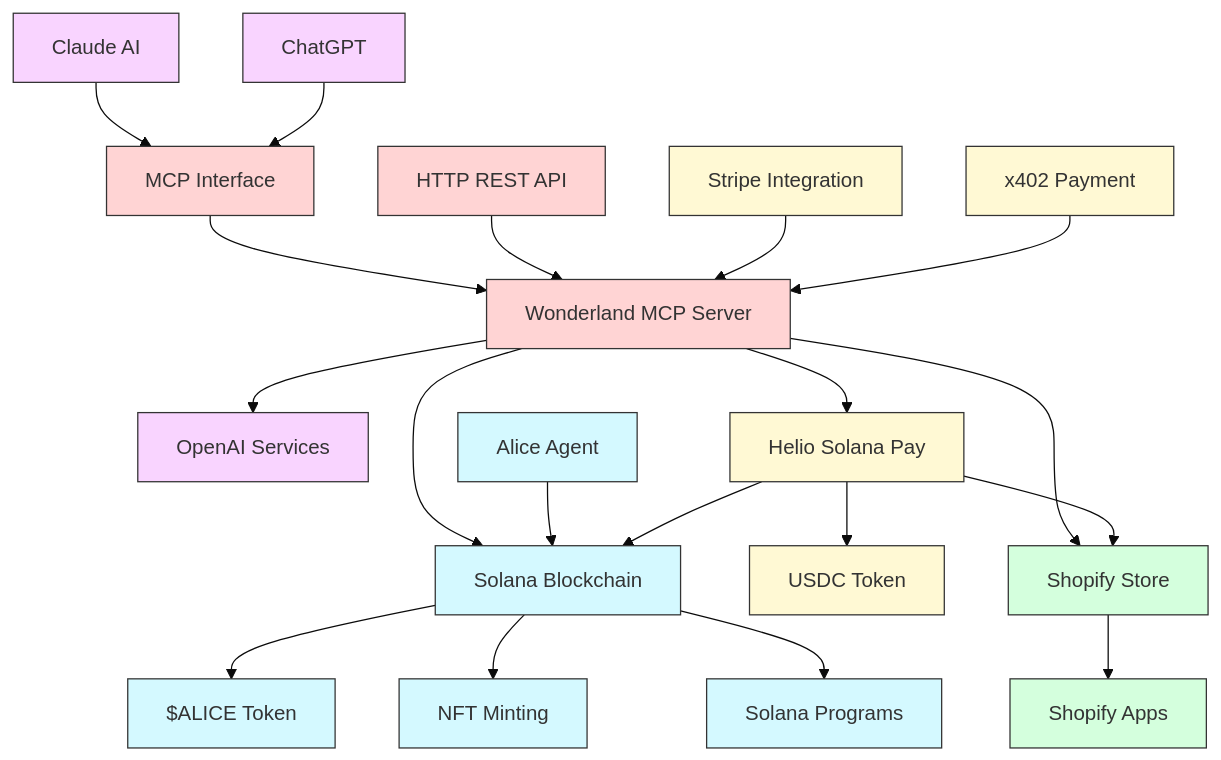
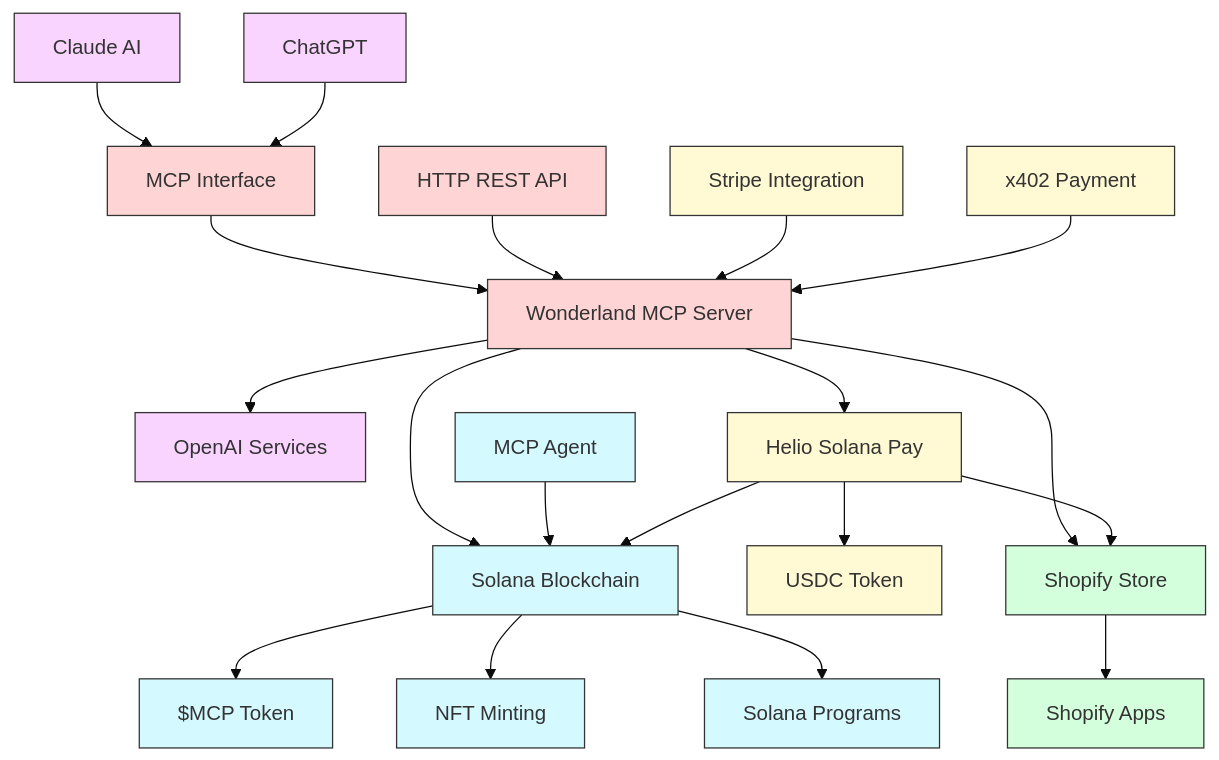
Before and after one commit to 8bitsats/Wonderland_MCP: the diagram in README.md, drawn with Mermaid (base theme). The commit also changed other lines of this file, not shown here.

````diff
--- a/README.md
+++ b/README.md
@@ -21,65 +21,65 @@
 ```mermaid
 graph TD
     classDef aiNode fill:#f9d4ff,stroke:#333,stroke-width:1px;
     classDef blockchainNode fill:#d4f9ff,stroke:#333,stroke-width:1px;
     classDef paymentNode fill:#fff9d4,stroke:#333,stroke-width:1px;
     classDef ecommerceNode fill:#d4ffdd,stroke:#333,stroke-width:1px;
     classDef coreNode fill:#ffd4d4,stroke:#333,stroke-width:1px;
 
     %% AI Layer
     Claude[Claude AI]:::aiNode
     ChatGPT[ChatGPT]:::aiNode
     OpenAI[OpenAI Services]:::aiNode
 
     %% MCP Core
     WonderlandMCP[Wonderland MCP Server]:::coreNode
     MCPInterface[MCP Interface]:::coreNode
     HTTPInterface[HTTP REST API]:::coreNode
     
     %% Solana Blockchain
     Solana[Solana Blockchain]:::blockchainNode
-    AliceToken["$ALICE Token"]:::blockchainNode
-    AliceAgent[Alice Agent]:::blockchainNode
+    MCPToken["$MCP Token"]:::blockchainNode
+    MCPAgent[MCP Agent]:::blockchainNode
     NFTs[NFT Minting]:::blockchainNode
     SolanaPrograms[Solana Programs]:::blockchainNode
     
     %% Payment Services
     HelioSolanaPay[Helio Solana Pay]:::paymentNode
     USDC[USDC Token]:::paymentNode
     x402[x402 Payment]:::paymentNode
     Stripe[Stripe Integration]:::paymentNode
     
     %% E-commerce
     Shopify[Shopify Store]:::ecommerceNode
     EcommerceApps[Shopify Apps]:::ecommerceNode
     
     %% Connection Lines - AI to MCP
     Claude --> MCPInterface
     ChatGPT --> MCPInterface
     
     %% MCP Internal
     MCPInterface --> WonderlandMCP
     HTTPInterface --> WonderlandMCP
     
     %% MCP to Services
     WonderlandMCP --> OpenAI
     WonderlandMCP --> Solana
     WonderlandMCP --> HelioSolanaPay
     WonderlandMCP --> Shopify
     
     %% Blockchain Relationships
-    Solana --> AliceToken
+    Solana --> MCPToken
     Solana --> NFTs
     Solana --> SolanaPrograms
-    AliceAgent --> Solana
+    MCPAgent --> Solana
     
     %% Payment Relationships
     HelioSolanaPay --> USDC
     HelioSolanaPay --> Solana
     Stripe --> WonderlandMCP
     x402 --> WonderlandMCP
     
     %% E-commerce Relationships
     Shopify --> EcommerceApps
     HelioSolanaPay --> Shopify
 ```
````
